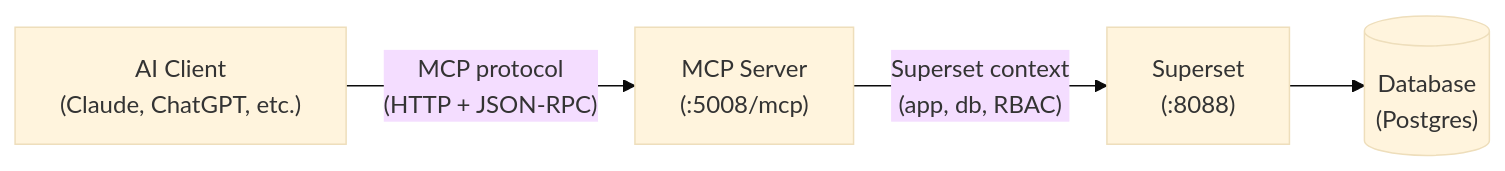
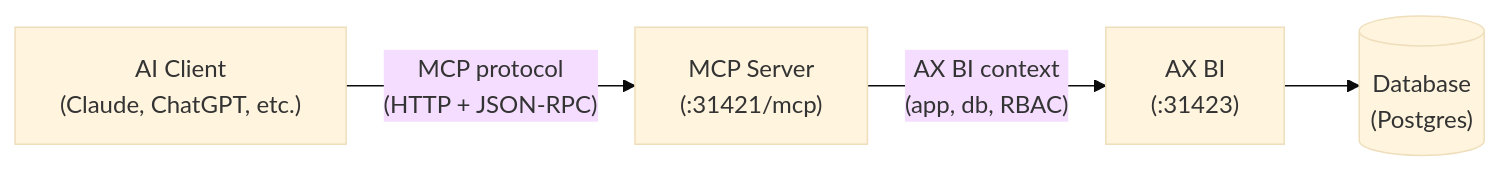
One commit to defai-digital/ax-bi changed the first of 4 diagrams in docs/admin_docs/configuration/mcp-server.mdx. Above: the diagram before and after it, drawn with Mermaid (base theme). The commit also changed other lines of this file and 17 other files, not shown here.

````diff
--- a/docs/admin_docs/configuration/mcp-server.mdx
+++ b/docs/admin_docs/configuration/mcp-server.mdx
@@ -37,6 +37,6 @@
 ```mermaid
 flowchart LR
-    A["AI Client<br/>(Claude, ChatGPT, etc.)"] -- "MCP protocol<br/>(HTTP + JSON-RPC)" --> B["MCP Server<br/>(:5008/mcp)"]
-    B -- "Superset context<br/>(app, db, RBAC)" --> C["Superset<br/>(:8088)"]
+    A["AI Client<br/>(Claude, ChatGPT, etc.)"] -- "MCP protocol<br/>(HTTP + JSON-RPC)" --> B["MCP Server<br/>(:31421/mcp)"]
+    B -- "AX BI context<br/>(app, db, RBAC)" --> C["AX BI<br/>(:31423)"]
     C --> D[("Database<br/>(Postgres)")]
 ```
````
